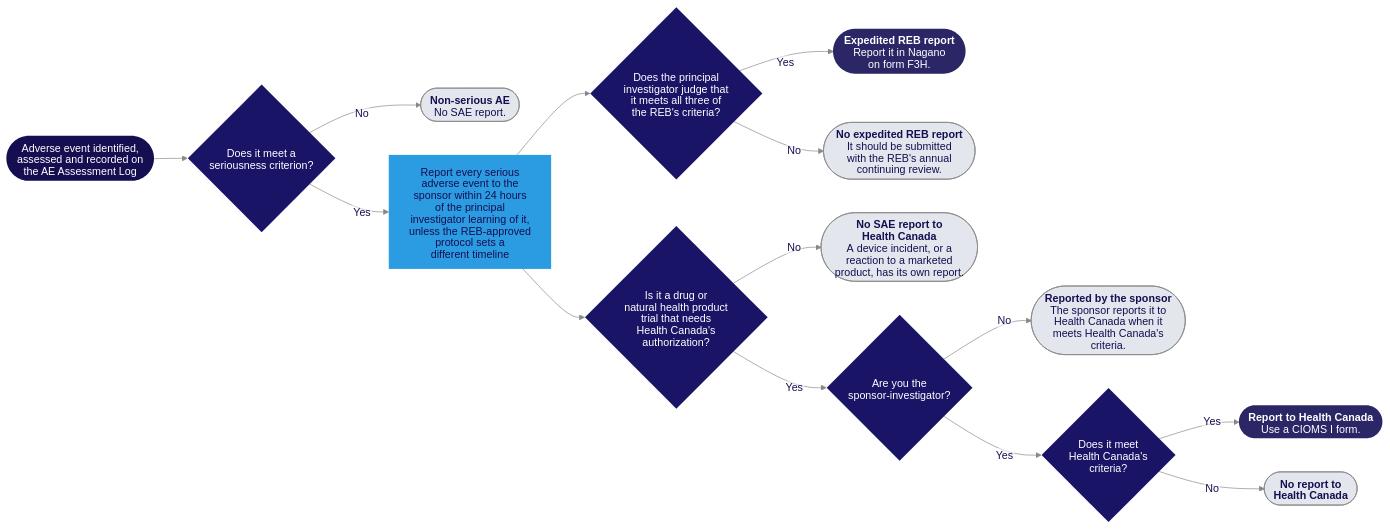
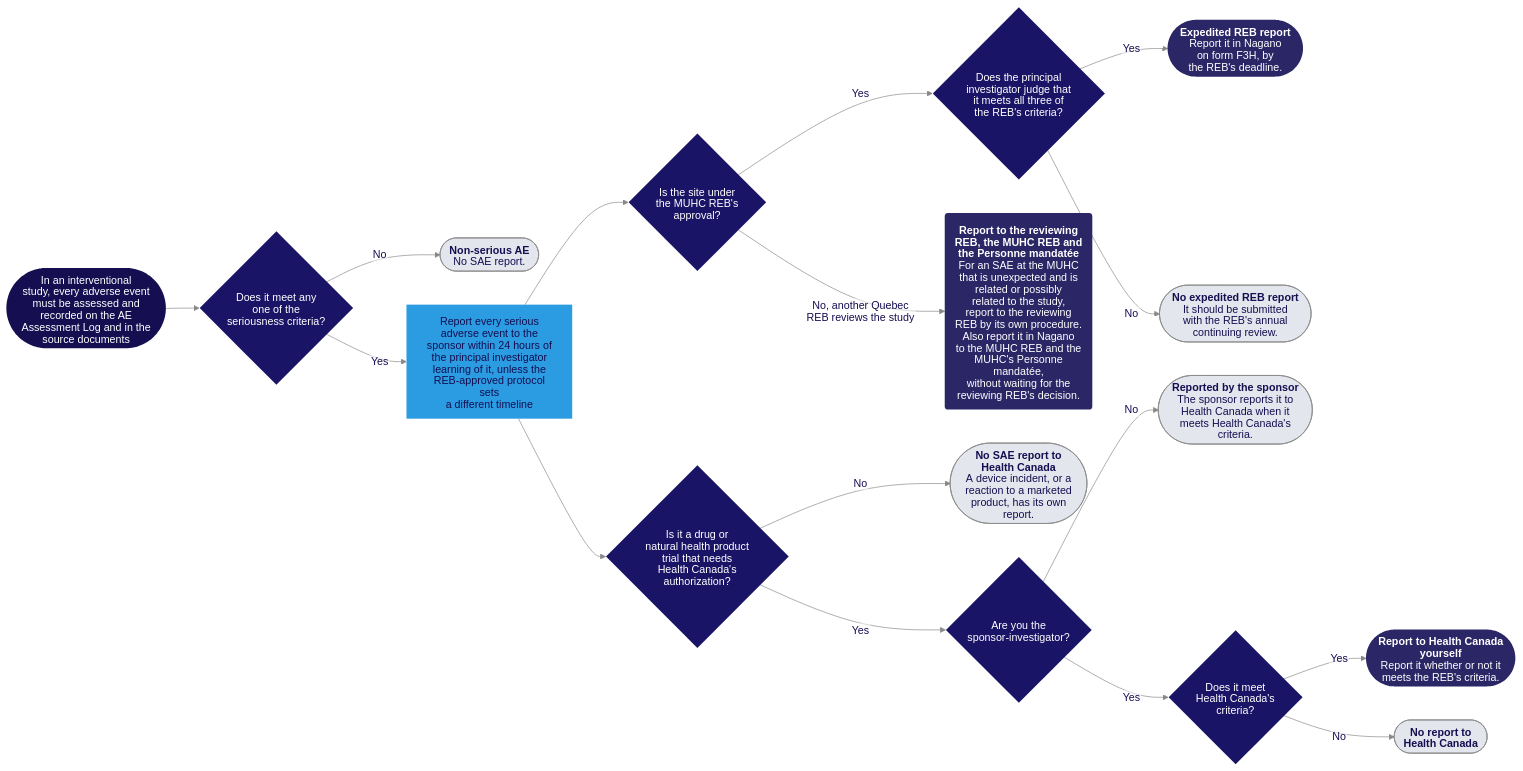
One commit to matthewfiorentino/docs changed the diagram in images/diagrams/adverse-event-reporting.mmd. Above: the diagram before and after it, drawn with Mermaid. The commit also changed 20 other files, not shown here.

First line of the commit message:
U01 1663: the approved diagrams (validity cycle, order of approvals, three redraws, two removals)

```diff
--- a/images/diagrams/adverse-event-reporting.mmd
+++ b/images/diagrams/adverse-event-reporting.mmd
@@ -1,31 +1,35 @@
 %%{init: {'theme':'base','htmlLabels':false,'flowchart':{'htmlLabels':false,'subGraphTitleMargin':{'top':14,'bottom':10}},'themeVariables':{'primaryColor':'#2b2666','primaryTextColor':'#ffffff','primaryBorderColor':'#2b2666','lineColor':'#888','edgeLabelBackground':'#ffffff','titleColor':'#150e51','fontFamily':'system-ui,sans-serif'}}}%%
 flowchart LR
-    S(["Adverse event identified,<br/>assessed and recorded on<br/>the AE Assessment Log"]) --> Q1{"Does it meet a<br/>seriousness criterion?"}
+    S(["In an interventional<br/>study, every adverse event<br/>must be assessed and<br/>recorded on the AE<br/>Assessment Log and in the<br/>source documents"]) --> Q1{"Does it meet any<br/>one of the<br/>seriousness criteria?"}
     Q1 -->|"No"| E1(["`**Non-serious AE**<br/>No SAE report.`"])
-    Q1 -->|"Yes"| SP["Report every serious<br/>adverse event to the<br/>sponsor within 24 hours<br/>of the principal<br/>investigator learning of it,<br/>unless the REB-approved<br/>protocol sets a<br/>different timeline"]
-    SP --> Q2{"Does the principal<br/>investigator judge that<br/>it meets all three of<br/>the REB's criteria?"}
+    Q1 -->|"Yes"| SP["Report every serious<br/>adverse event to the<br/>sponsor within 24 hours of<br/>the principal investigator<br/>learning of it, unless the<br/>REB-approved protocol sets<br/>a different timeline"]
+    SP --> QR{"Is the site under<br/>the MUHC REB's<br/>approval?"}
     SP --> Q3{"Is it a drug or<br/>natural health product<br/>trial that needs<br/>Health Canada's<br/>authorization?"}
-    Q2 -->|"Yes"| E2(["`**Expedited REB report**<br/>Report it in Nagano<br/>on form F3H.`"])
+    QR -->|"Yes"| Q2{"Does the principal<br/>investigator judge that<br/>it meets all three of<br/>the REB's criteria?"}
+    QR -->|"No, another Quebec<br/>REB reviews the study"| E8("`**Report to the reviewing**<br/>**REB, the MUHC REB and**<br/>**the Personne mandatée**<br/>For an SAE at the MUHC<br/>that is unexpected and is<br/>related or possibly<br/>related to the study,<br/>report to the reviewing<br/>REB by its own procedure.<br/>Also report it in Nagano<br/>to the MUHC REB and the<br/>MUHC's Personne mandatée,<br/>without waiting for the<br/>reviewing REB's decision.`")
+    Q2 -->|"Yes"| E2(["`**Expedited REB report**<br/>Report it in Nagano<br/>on form F3H, by<br/>the REB's deadline.`"])
     Q2 -->|"No"| E3(["`**No expedited REB report**<br/>It should be submitted<br/>with the REB's annual<br/>continuing review.`"])
-    Q3 -->|"No"| E7(["`**No SAE report to**<br/>**Health Canada**<br/>A device incident, or a<br/>reaction to a marketed<br/>product, has its own report.`"])
+    Q3 -->|"No"| E7(["`**No SAE report to**<br/>**Health Canada**<br/>A device incident, or a<br/>reaction to a marketed<br/>product, has its own<br/>report.`"])
     Q3 -->|"Yes"| Q4{"Are you the<br/>sponsor-investigator?"}
     Q4 -->|"No"| E4(["`**Reported by the sponsor**<br/>The sponsor reports it to<br/>Health Canada when it<br/>meets Health Canada's<br/>criteria.`"])
     Q4 -->|"Yes"| Q5{"Does it meet<br/>Health Canada's<br/>criteria?"}
-    Q5 -->|"Yes"| E5(["`**Report to Health Canada**<br/>Use a CIOMS I form.`"])
+    Q5 -->|"Yes"| E5(["`**Report to Health Canada**<br/>**yourself**<br/>Report it whether or not it<br/>meets the REB's criteria.`"])
     Q5 -->|"No"| E6(["`**No report to**<br/>**Health Canada**`"])
 
     style S fill:#150e51,color:#fff,stroke:none
     style Q1 fill:#1a1466,color:#fff,stroke:none
+    style QR fill:#1a1466,color:#fff,stroke:none
     style Q2 fill:#1a1466,color:#fff,stroke:none
     style Q3 fill:#1a1466,color:#fff,stroke:none
     style Q4 fill:#1a1466,color:#fff,stroke:none
     style Q5 fill:#1a1466,color:#fff,stroke:none
     style SP fill:#2b9ce2,color:#150e51,stroke:none
     style E1 fill:#e4e6ed,color:#150e51,stroke:#888
     style E2 fill:#2b2666,color:#fff,stroke:none
     style E3 fill:#e4e6ed,color:#150e51,stroke:#888
     style E4 fill:#e4e6ed,color:#150e51,stroke:#888
     style E5 fill:#2b2666,color:#fff,stroke:none
     style E6 fill:#e4e6ed,color:#150e51,stroke:#888
     style E7 fill:#e4e6ed,color:#150e51,stroke:#888
+    style E8 fill:#2b2666,color:#fff,stroke:none
     linkStyle default color:#150e51
```
